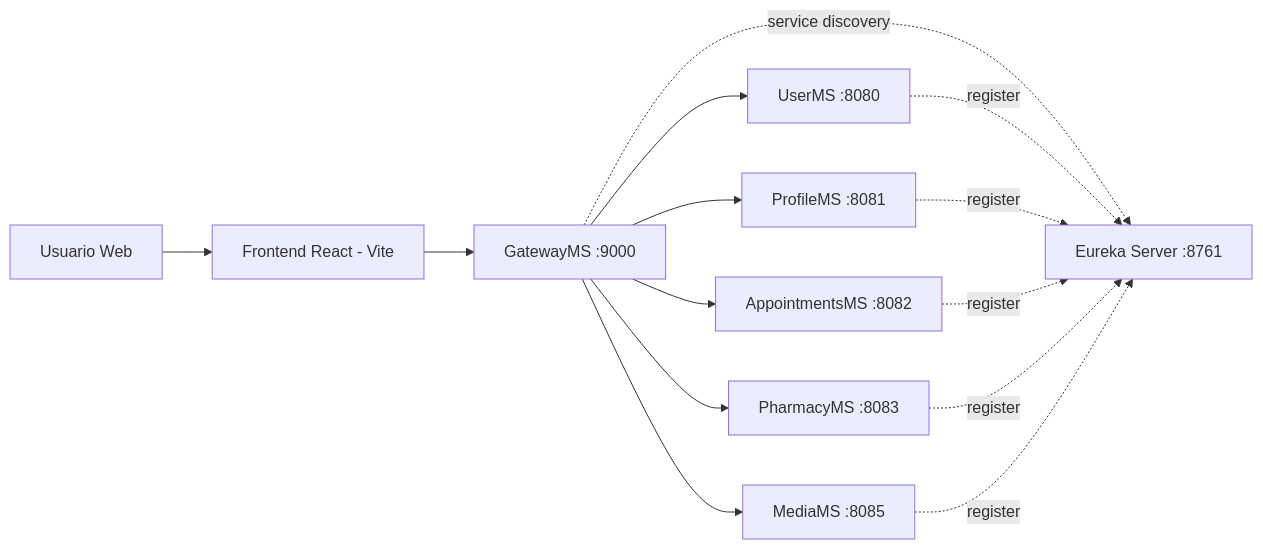
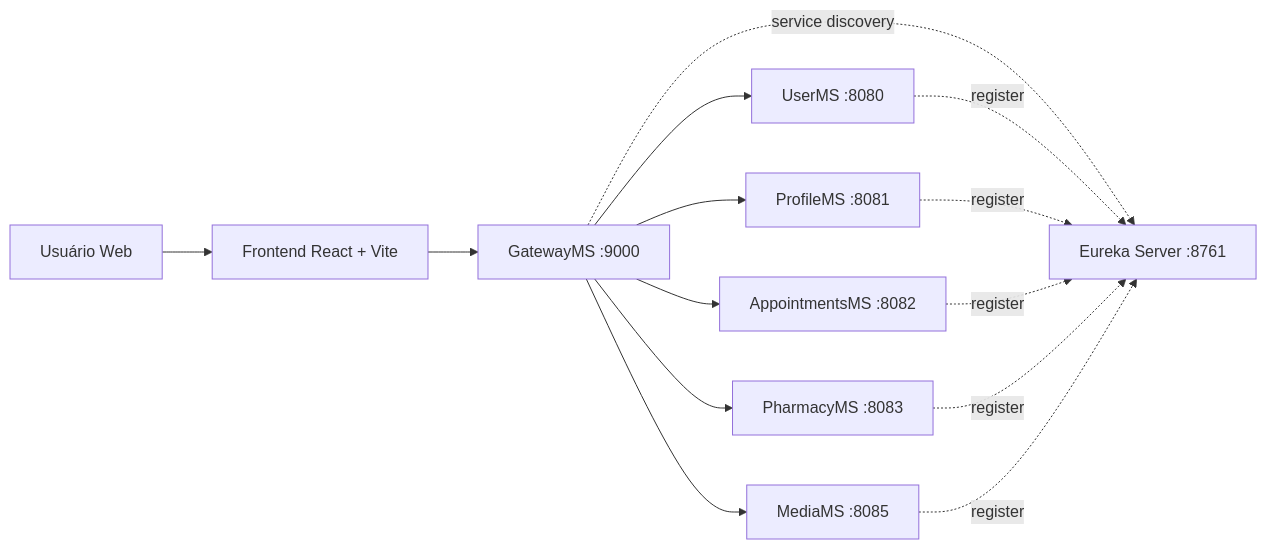
The diagram in README.md (NicolasMCascaes/hmsReact), drawn with Mermaid before and after one commit. The commit also changed other lines of this file, not shown here.

````diff
--- a/README.md
+++ b/README.md
@@ -16,17 +31,17 @@
 ```mermaid
 flowchart LR
-		U[Usuario Web] --> FE[Frontend React - Vite]
-		FE --> GW[GatewayMS :9000]
-		GW --> US[UserMS :8080]
-		GW --> PR[ProfileMS :8081]
-		GW --> AP[AppointmentsMS :8082]
-		GW --> PH[PharmacyMS :8083]
-		GW --> MD[MediaMS :8085]
+    U[Usuário Web] --> FE[Frontend React + Vite]
+    FE --> GW[GatewayMS :9000]
+    GW --> US[UserMS :8080]
+    GW --> PR[ProfileMS :8081]
+    GW --> AP[AppointmentsMS :8082]
+    GW --> PH[PharmacyMS :8083]
+    GW --> MD[MediaMS :8085]
 
-		GW -. service discovery .-> EU[Eureka Server :8761]
-		US -. register .-> EU
-		PR -. register .-> EU
-		AP -. register .-> EU
-		PH -. register .-> EU
-		MD -. register .-> EU
+    GW -. service discovery .-> EU[Eureka Server :8761]
+    US -. register .-> EU
+    PR -. register .-> EU
+    AP -. register .-> EU
+    PH -. register .-> EU
+    MD -. register .-> EU
 ```
````
